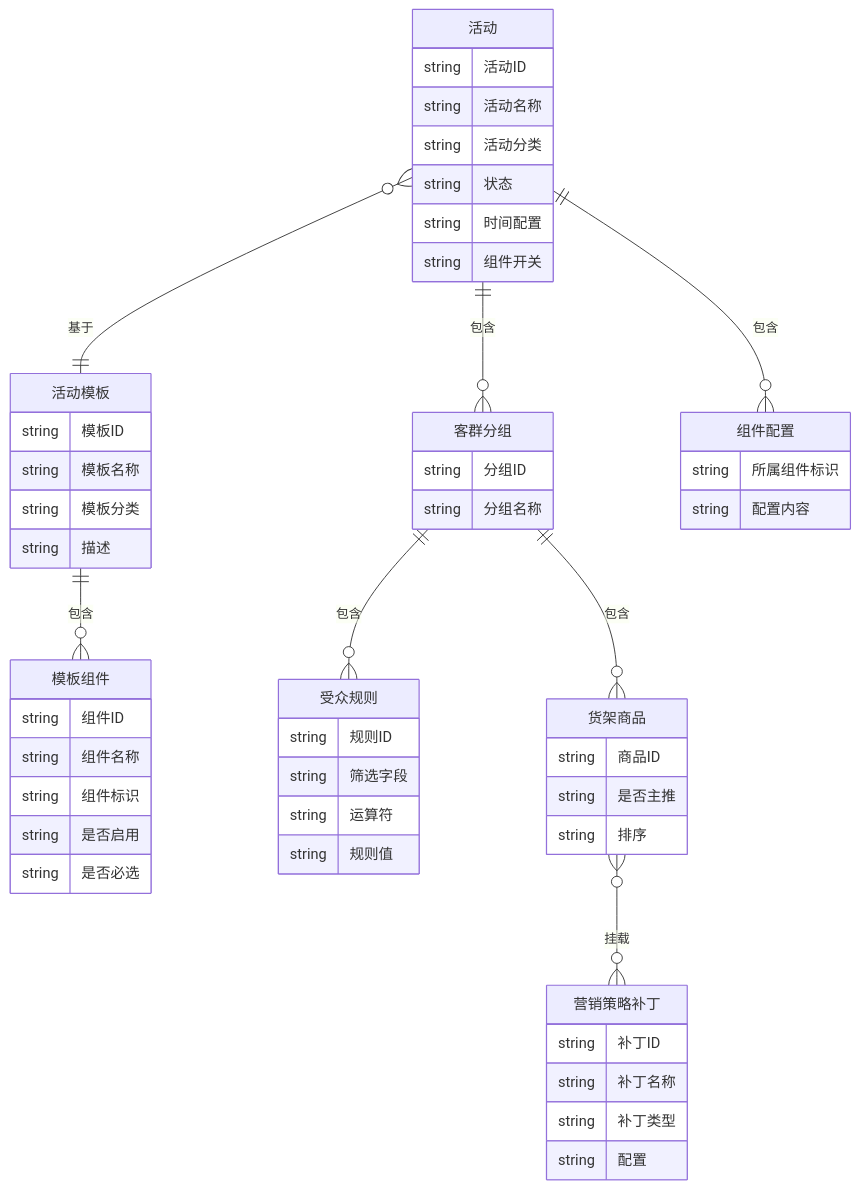
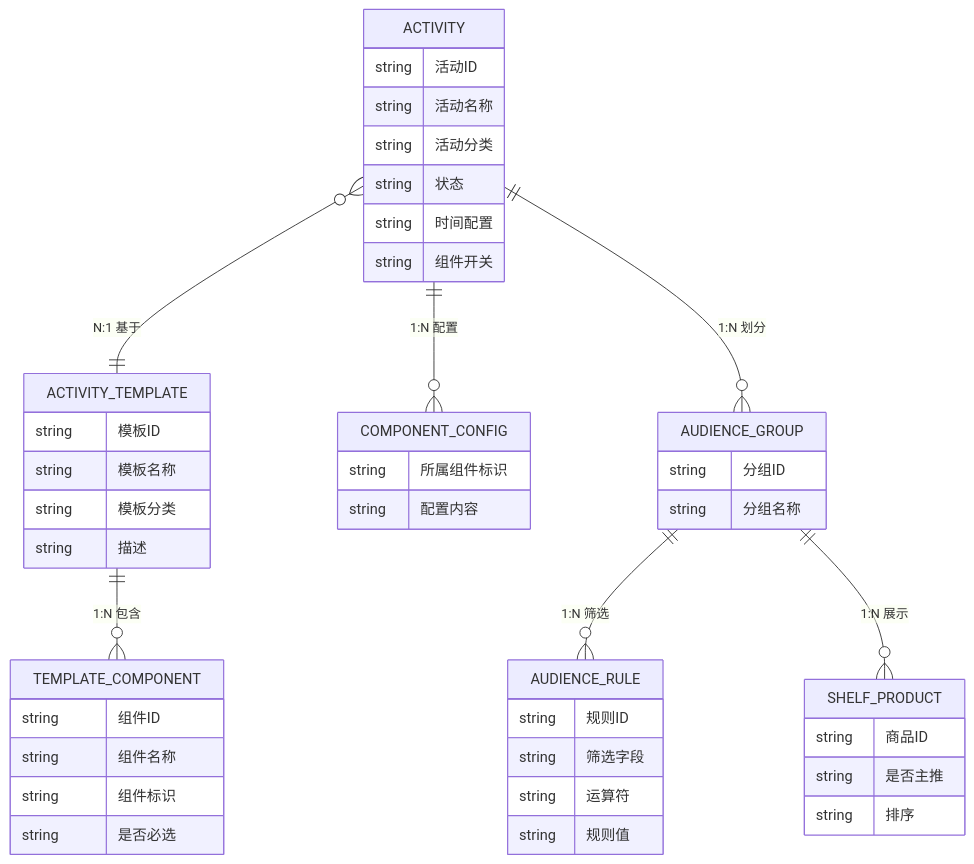
One commit to zhangjiamin-xiaoyouzi/meiyou-member-benefits changed the first of 3 diagrams in prd-member-day.md. Above: the diagram before and after it, drawn with Mermaid. The commit also changed 4 other files, not shown here.

First line of the commit message:
refactor: E-R图改为Mermaid erDiagram格式，英文实体名+中文属性和关系

````diff
--- a/prd-member-day.md
+++ b/prd-member-day.md
@@ -65,64 +65,55 @@
 ```mermaid
 erDiagram
-    活动模板 ||--o{ 模板组件 : 包含
-    活动 }o--|| 活动模板 : 基于
-    活动 ||--o{ 客群分组 : 包含
-    活动 ||--o{ 组件配置 : 包含
-    客群分组 ||--o{ 受众规则 : 包含
-    客群分组 ||--o{ 货架商品 : 包含
-    货架商品 }o--o{ 营销策略补丁 : 挂载
+    ACTIVITY_TEMPLATE ||--o{ TEMPLATE_COMPONENT : "1:N 包含"
+    ACTIVITY }o--|| ACTIVITY_TEMPLATE : "N:1 基于"
+    ACTIVITY ||--o{ COMPONENT_CONFIG : "1:N 配置"
+    ACTIVITY ||--o{ AUDIENCE_GROUP : "1:N 划分"
+    AUDIENCE_GROUP ||--o{ AUDIENCE_RULE : "1:N 筛选"
+    AUDIENCE_GROUP ||--o{ SHELF_PRODUCT : "1:N 展示"
 
-    活动模板 {
+    ACTIVITY_TEMPLATE {
         string 模板ID
         string 模板名称
         string 模板分类
         string 描述
     }
 
-    模板组件 {
+    TEMPLATE_COMPONENT {
         string 组件ID
         string 组件名称
         string 组件标识
-        string 是否启用
         string 是否必选
     }
 
-    活动 {
+    ACTIVITY {
         string 活动ID
         string 活动名称
         string 活动分类
         string 状态
         string 时间配置
         string 组件开关
     }
 
-    组件配置 {
+    COMPONENT_CONFIG {
         string 所属组件标识
         string 配置内容
     }
 
-    客群分组 {
+    AUDIENCE_GROUP {
         string 分组ID
         string 分组名称
     }
 
-    受众规则 {
+    AUDIENCE_RULE {
         string 规则ID
         string 筛选字段
         string 运算符
         string 规则值
     }
 
-    货架商品 {
+    SHELF_PRODUCT {
         string 商品ID
         string 是否主推
         string 排序
     }
-
-    营销策略补丁 {
-        string 补丁ID
-        string 补丁名称
-        string 补丁类型
-        string 配置
-    }
 ```
````
